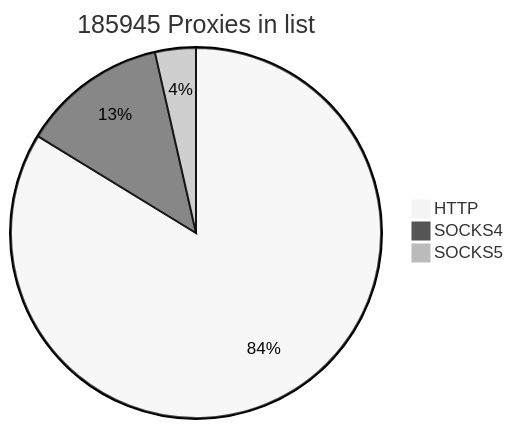
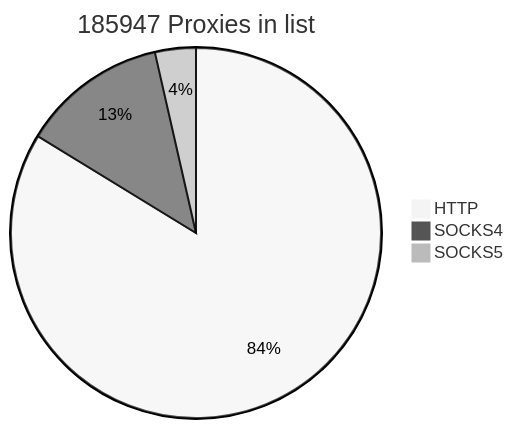
Before and after one commit to cutipu/proxylist: the first of 2 diagrams in README.md, drawn with Mermaid (neutral theme). The commit also changed other lines of this file, not shown here.

````diff
--- a/README.md
+++ b/README.md
@@ -2,7 +2,7 @@
 ```mermaid
-pie title 185945 Proxies in list
+pie title 185947 Proxies in list
     "HTTP" : 155720
-    "SOCKS4" : 23601
+    "SOCKS4" : 23603
     "SOCKS5" : 6624
             
 ```
````
